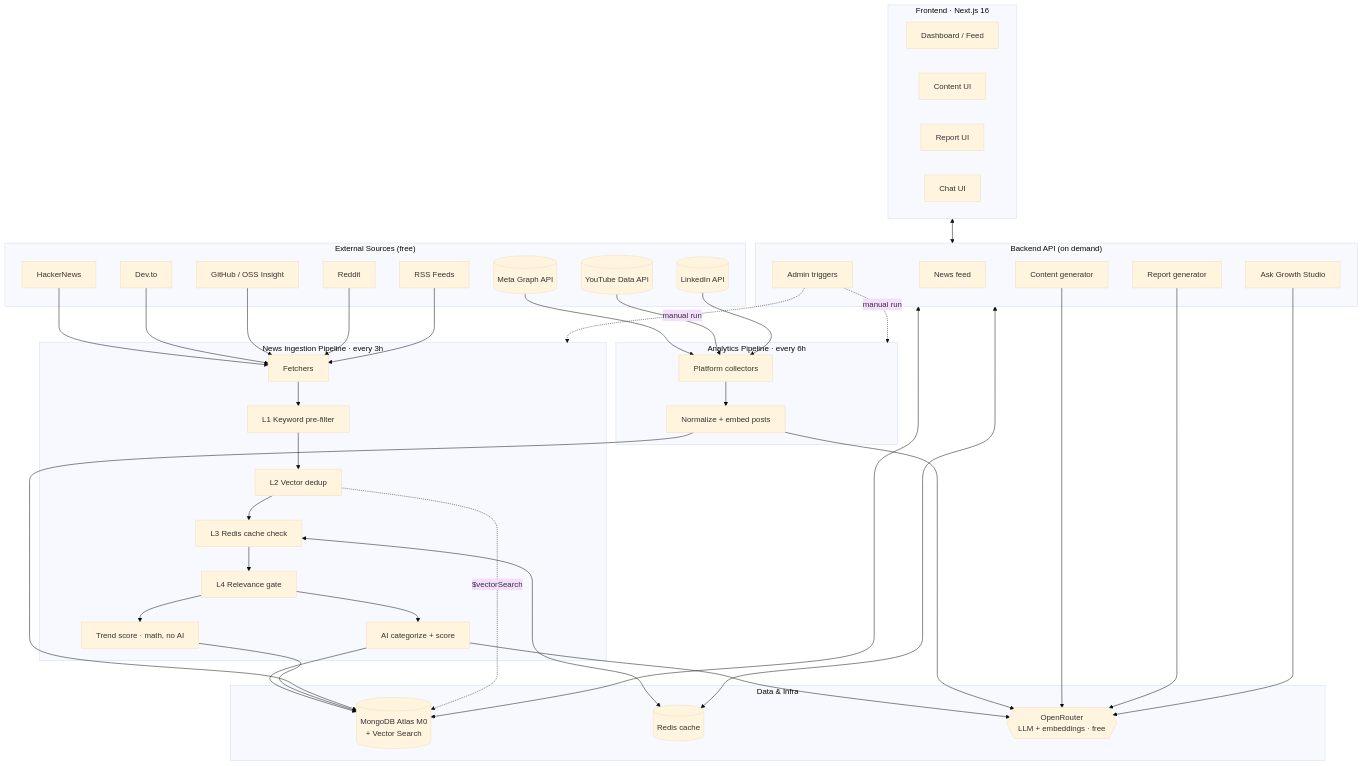
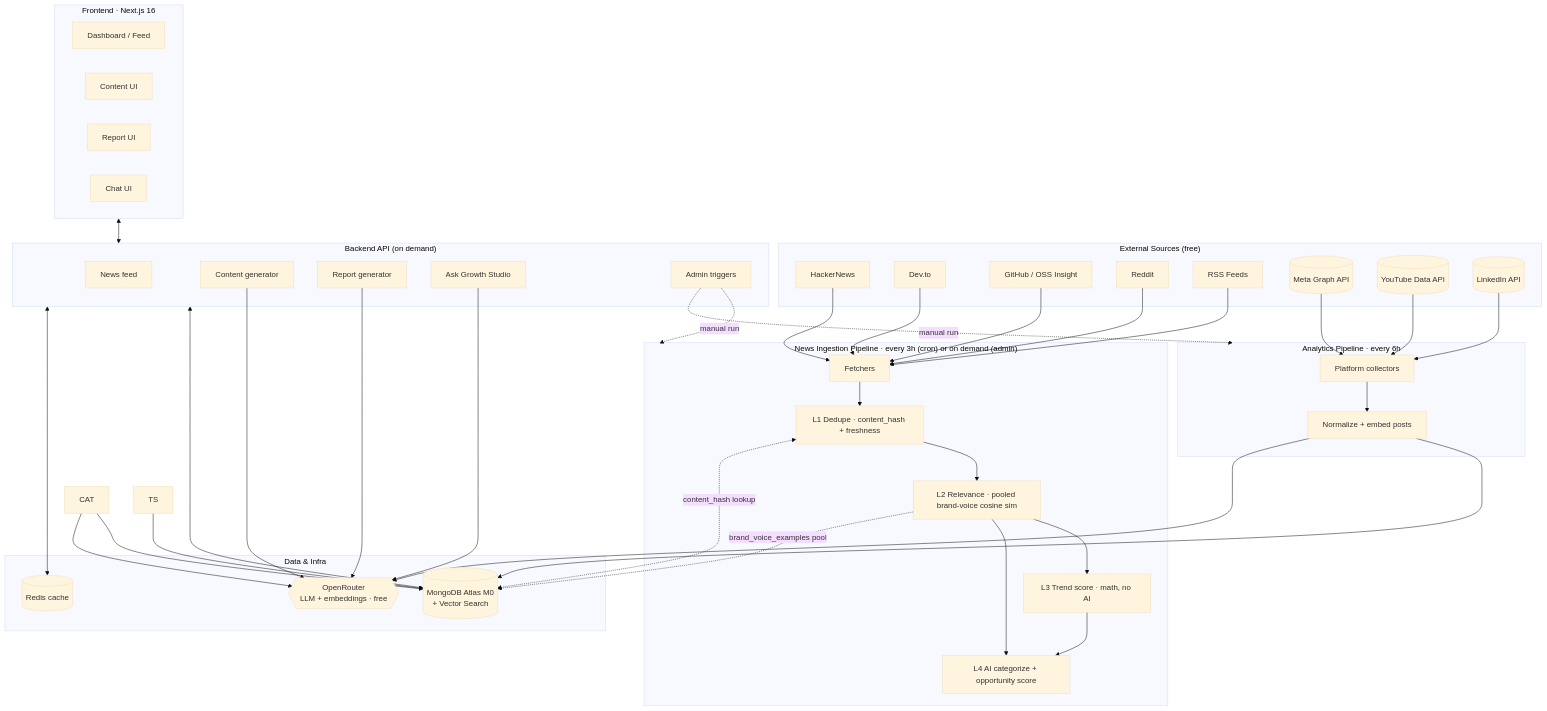
Before and after one commit to Farsit-007/AI-Content-Trend-Recommendation: the first of 2 diagrams in README.md, drawn with Mermaid (base theme). The commit also changed other lines of this file and 5 other files, not shown here.

Commit message:
feat: finalize news ingestion pipeline with admin trigger and scheduler; update documentation for changes

````diff
--- a/README.md
+++ b/README.md
@@ -52,49 +52,48 @@
 ```mermaid
 flowchart TB
     subgraph Sources["External Sources (free)"]
         HN[HackerNews]; DEV[Dev.to]; GH[GitHub / OSS Insight]
         RD[Reddit]; RSS[RSS Feeds]
         FB[(Meta Graph API)]; YT[(YouTube Data API)]; LI[(LinkedIn API)]
     end
 
-    subgraph Ingest["News Ingestion Pipeline · every 3h"]
-        FETCH[Fetchers] --> F1[L1 Keyword pre-filter]
-        F1 --> F2[L2 Vector dedup]
-        F2 --> F3[L3 Redis cache check]
-        F3 --> F4[L4 Relevance gate]
-        F4 --> CAT[AI categorize + score]
-        F4 --> TS[Trend score · math, no AI]
+    subgraph Ingest["News Ingestion Pipeline · every 3h (cron) or on demand (admin)"]
+        FETCH[Fetchers] --> F1[L1 Dedupe · content_hash + freshness]
+        F1 --> F2[L2 Relevance · pooled brand-voice cosine sim]
+        F2 --> F3[L3 Trend score · math, no AI]
+        F2 --> F4[L4 AI categorize + opportunity score]
+        F3 --> F4
     end
 
     subgraph Analytics["Analytics Pipeline · every 6h"]
         ACOL[Platform collectors] --> ANORM[Normalize + embed posts]
     end
 
     subgraph Data["Data & Infra"]
         MONGO[(MongoDB Atlas M0<br/>+ Vector Search)]
         REDIS[(Redis cache)]
         OR{{OpenRouter<br/>LLM + embeddings · free}}
     end
 
     subgraph Serve["Backend API (on demand)"]
         FEED[News feed]; GEN[Content generator]
         REP[Report generator]; CHAT[Ask Growth Studio]
         ADMIN[Admin triggers]
     end
 
     subgraph FE["Frontend · Next.js 16"]
         DASH[Dashboard / Feed]; CGEN[Content UI]
         RPT[Report UI]; ASK[Chat UI]
     end
 
     HN & DEV & GH & RD & RSS --> FETCH
     FB & YT & LI --> ACOL
     CAT --> MONGO; TS --> MONGO; ANORM --> MONGO
-    F2 -. $vectorSearch .-> MONGO
-    F3 <--> REDIS
+    F1 <-. content_hash lookup .-> MONGO
+    F2 -. brand_voice_examples pool .-> MONGO
     CAT --> OR; ANORM --> OR
     Serve <--> MONGO; Serve <--> REDIS; GEN & REP & CHAT --> OR
     FE <--> Serve
     ADMIN -.manual run.-> Ingest
     ADMIN -.manual run.-> Analytics
 ```
````
